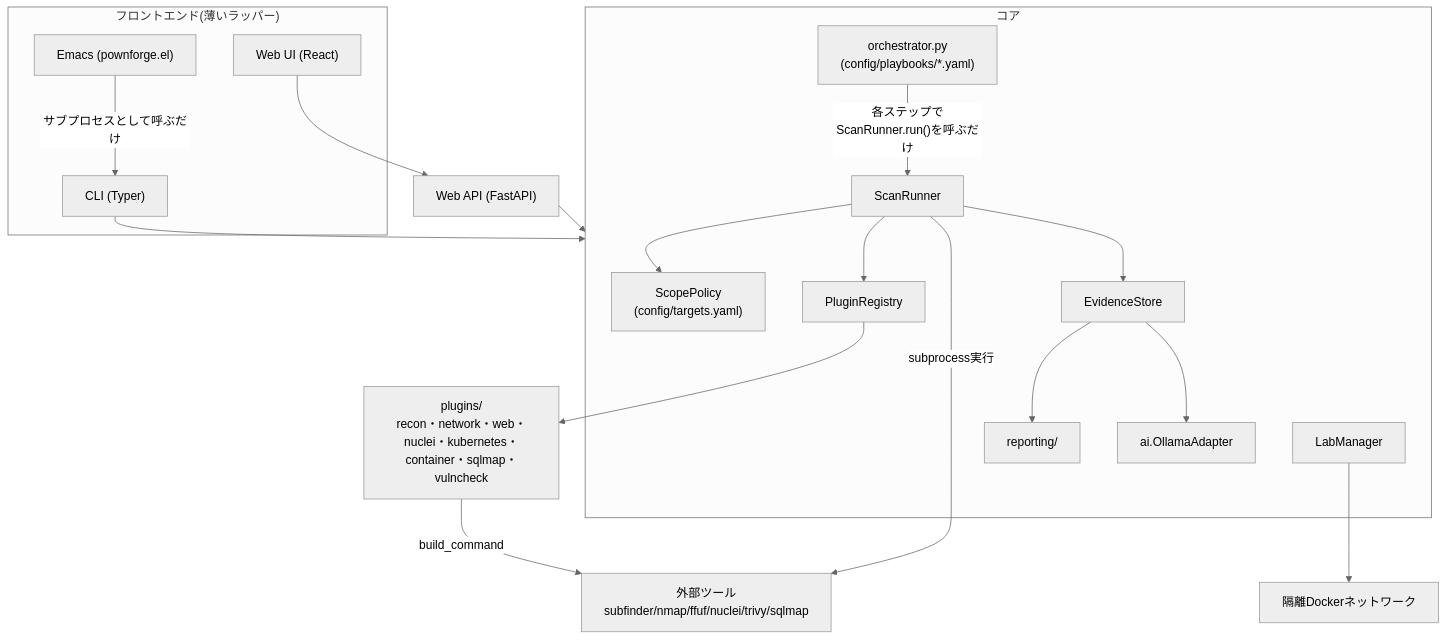
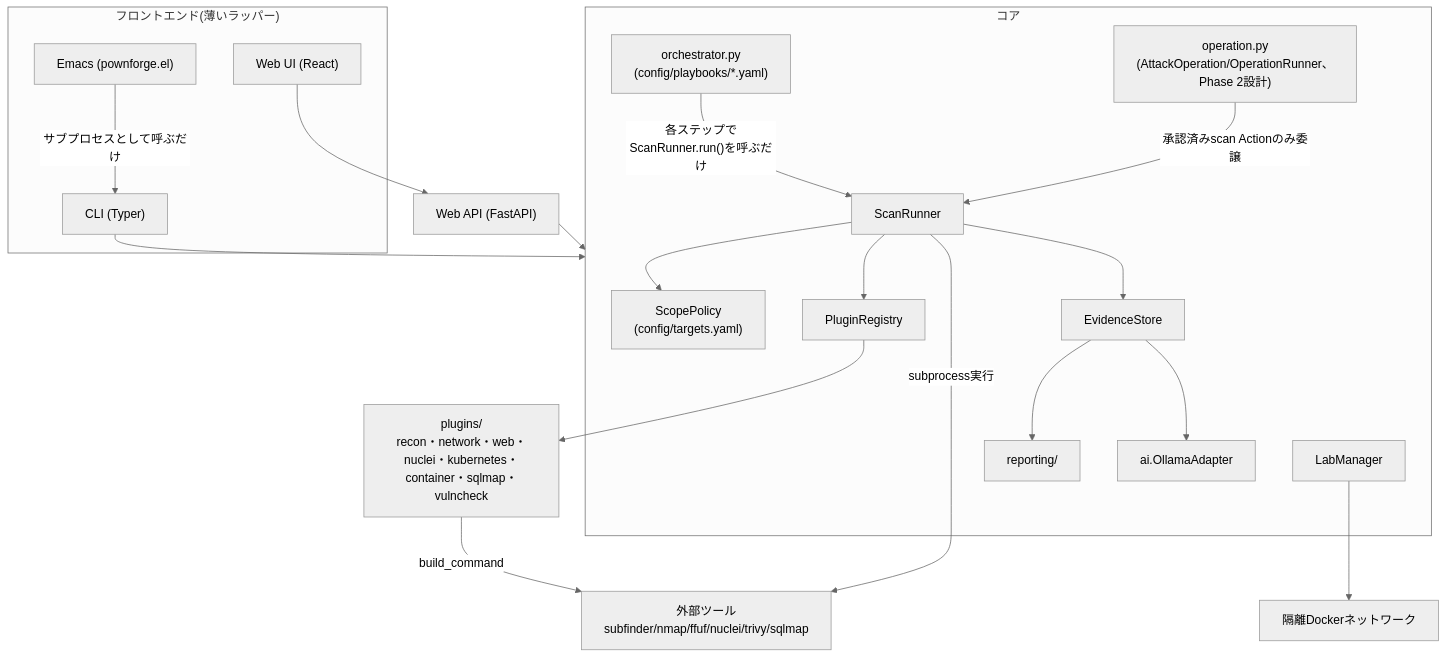
One commit to ac1965/PownForge changed the first of 6 diagrams in docs/handbook.md. Above: the diagram before and after it, drawn with Mermaid (neutral theme). The commit also changed other lines of this file and 1 other file, not shown here.

First line of the commit message:
docs(handbook): AttackOperationモデルの説明を追加しAGENTSと画面一覧を整合

````diff
--- a/docs/handbook.md
+++ b/docs/handbook.md
@@ -55,36 +56,38 @@
 ```mermaid
 graph TD
     subgraph FrontEnds["フロントエンド(薄いラッパー)"]
         CLI["CLI (Typer)"]
         WebUI["Web UI (React)"]
         Emacs["Emacs (pownforge.el)"]
     end
     WebAPI["Web API (FastAPI)"]
 
     CLI --> Core
     WebUI --> WebAPI
     WebAPI --> Core
     Emacs -- "サブプロセスとして呼ぶだけ" --> CLI
 
     subgraph Core["コア"]
         ScopePolicy["ScopePolicy<br/>(config/targets.yaml)"]
         Registry["PluginRegistry"]
         Runner["ScanRunner"]
         Orchestrator["orchestrator.py<br/>(config/playbooks/*.yaml)"]
+        Operation["operation.py<br/>(AttackOperation/OperationRunner、Phase 2設計)"]
         Lab["LabManager"]
         Evidence["EvidenceStore"]
         Reporting["reporting/"]
         AI["ai.OllamaAdapter"]
     end
 
     Runner --> ScopePolicy
     Runner --> Registry
     Runner --> Evidence
     Orchestrator -- "各ステップでScanRunner.run()を呼ぶだけ" --> Runner
+    Operation -- "承認済みscan Actionのみ委譲" --> Runner
     Registry --> Plugins["plugins/<br/>recon・network・web・nuclei・kubernetes・container・sqlmap・vulncheck"]
     Plugins -- "build_command" --> ExtTools["外部ツール<br/>subfinder/nmap/ffuf/nuclei/trivy/sqlmap"]
     Runner -- "subprocess実行" --> ExtTools
     Evidence --> Reporting
     Evidence --> AI
     Lab --> Docker["隔離Dockerネットワーク"]
 ```
````
